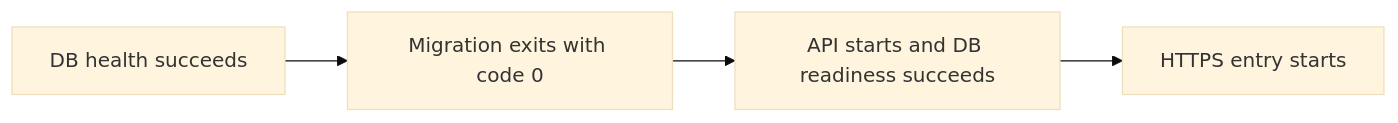
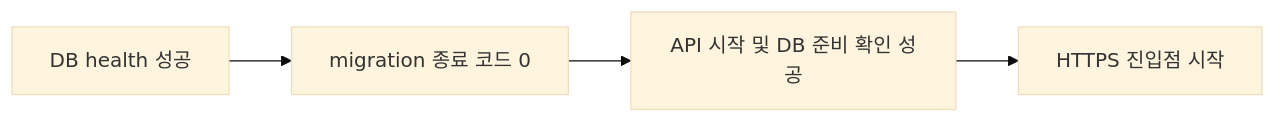
The second of 2 diagrams in Document/runtime.md (EscapeFromGyeongsan/ft_transcendence), drawn with Mermaid (base theme) before and after one commit. The commit also changed other lines of this file and 2 other files, not shown here.

```diff
--- a/Document/runtime.md
+++ b/Document/runtime.md
@@ -17,6 +17,6 @@
 ~~~mermaid
 flowchart LR
-    db[DB health succeeds] --> migrate[Migration exits with code 0]
-    migrate --> api[API starts and DB readiness succeeds]
-    api --> web[HTTPS entry starts]
+    db["DB health 성공"] --> migrate["migration 종료 코드 0"]
+    migrate --> api["API 시작 및 DB 준비 확인 성공"]
+    api --> web["HTTPS 진입점 시작"]
 ~~~
```
